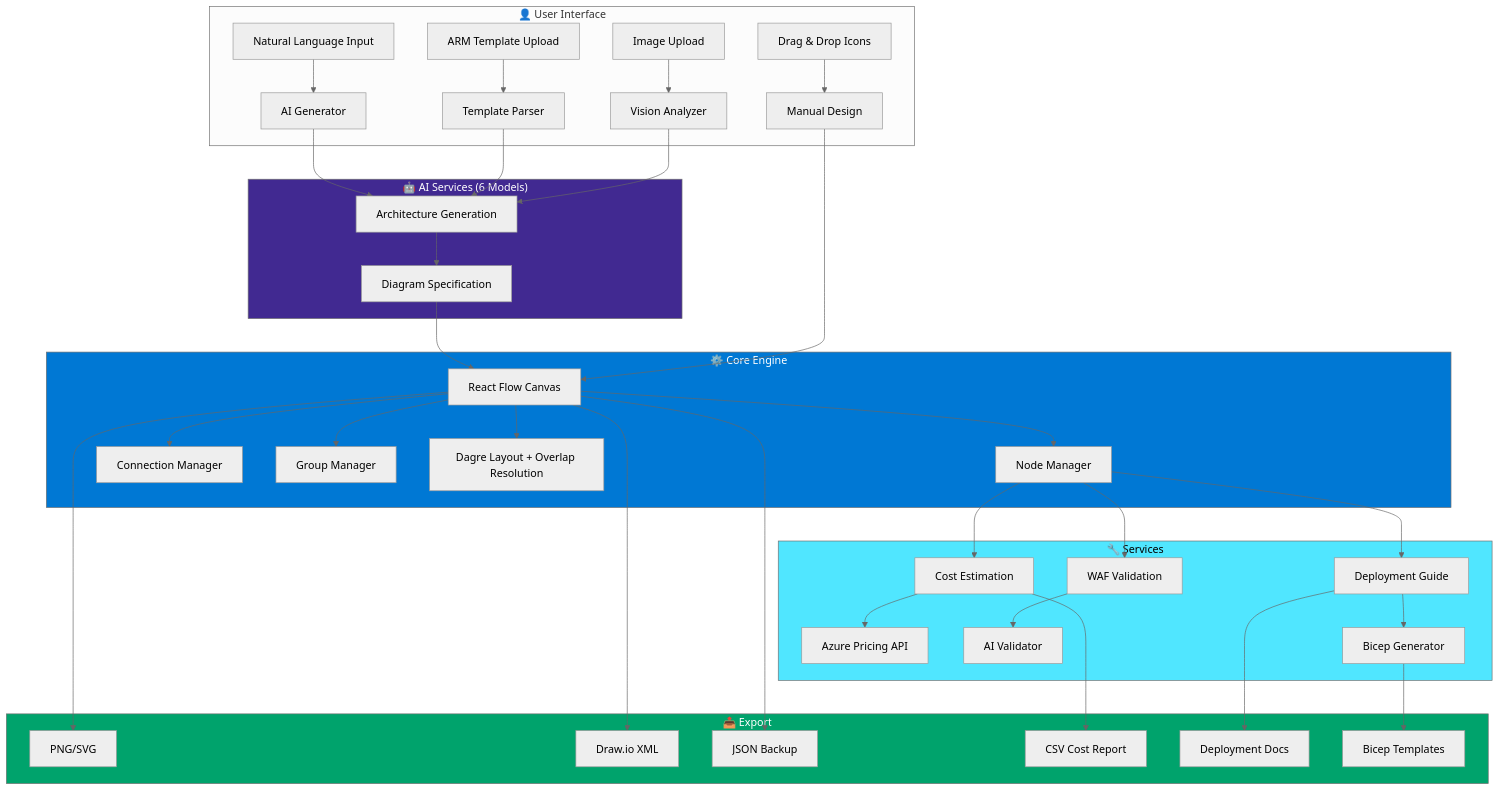
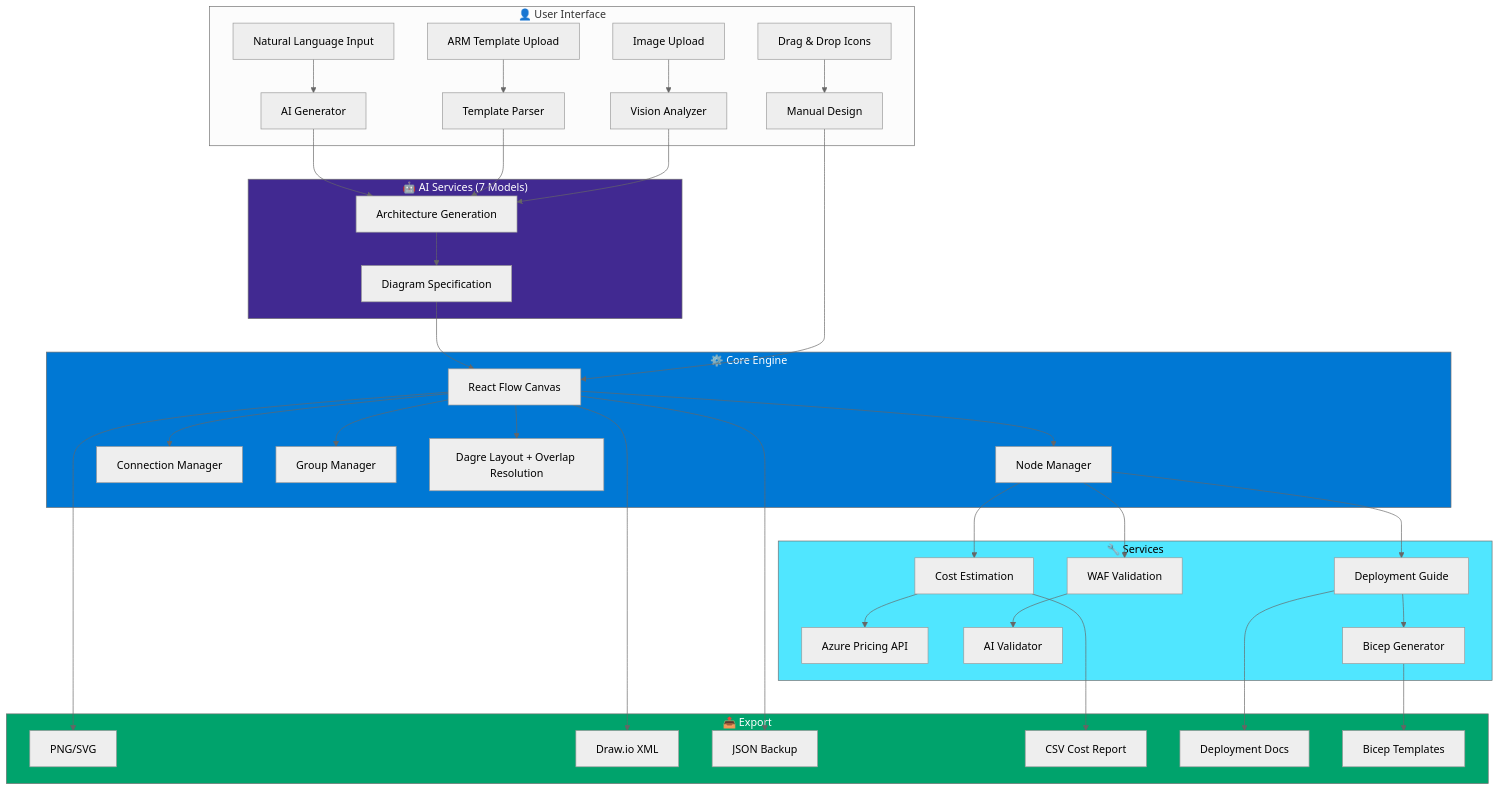
Before and after one commit to Arturo-Quiroga-MSFT/azure-architecture-diagram-builder: the first of 3 diagrams in README.md, drawn with Mermaid (neutral theme). The commit also changed other lines of this file and 20 other files, not shown here.

````diff
--- a/README.md
+++ b/README.md
@@ -162,48 +162,48 @@
 ```mermaid
 flowchart TD
     subgraph User["👤 User Interface"]
         A[Natural Language Input] --> B[AI Generator]
         C[ARM Template Upload] --> D[Template Parser]
         E[Drag & Drop Icons] --> F[Manual Design]
         G[Image Upload] --> H[Vision Analyzer]
     end
 
-    subgraph AI["🤖 AI Services (6 Models)"]
+    subgraph AI["🤖 AI Services (7 Models)"]
         B --> I[Architecture Generation]
         D --> I
         H --> I
         I --> J[Diagram Specification]
     end
 
     subgraph Core["⚙️ Core Engine"]
         J --> K[React Flow Canvas]
         F --> K
         K --> L[Node Manager]
         K --> M[Connection Manager]
         K --> N[Group Manager]
         K --> O[Dagre Layout + Overlap Resolution]
     end
 
     subgraph Services["🔧 Services"]
         L --> P[Cost Estimation]
         L --> Q[WAF Validation]
         L --> R[Deployment Guide]
         P --> S[Azure Pricing API]
         Q --> T[AI Validator]
         R --> U[Bicep Generator]
     end
 
     subgraph Export["📤 Export"]
         K --> V[PNG/SVG]
         K --> W[Draw.io XML]
         K --> X[JSON Backup]
         P --> Y[CSV Cost Report]
         R --> Z[Deployment Docs]
         U --> AA[Bicep Templates]
     end
 
     style AI fill:#412991,color:#fff
     style Core fill:#0078D4,color:#fff
     style Services fill:#50E6FF,color:#000
     style Export fill:#00A36C,color:#fff
 ```
````
